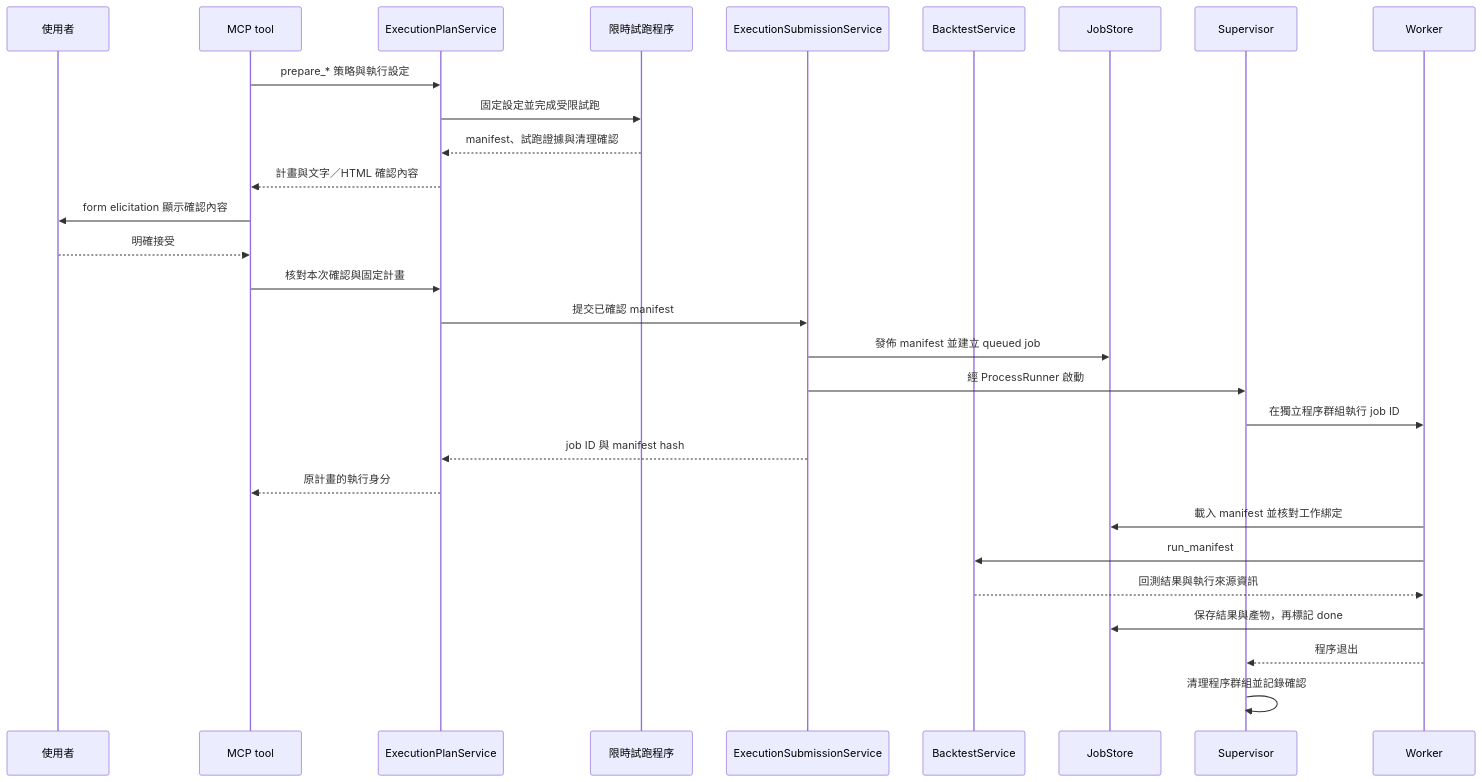
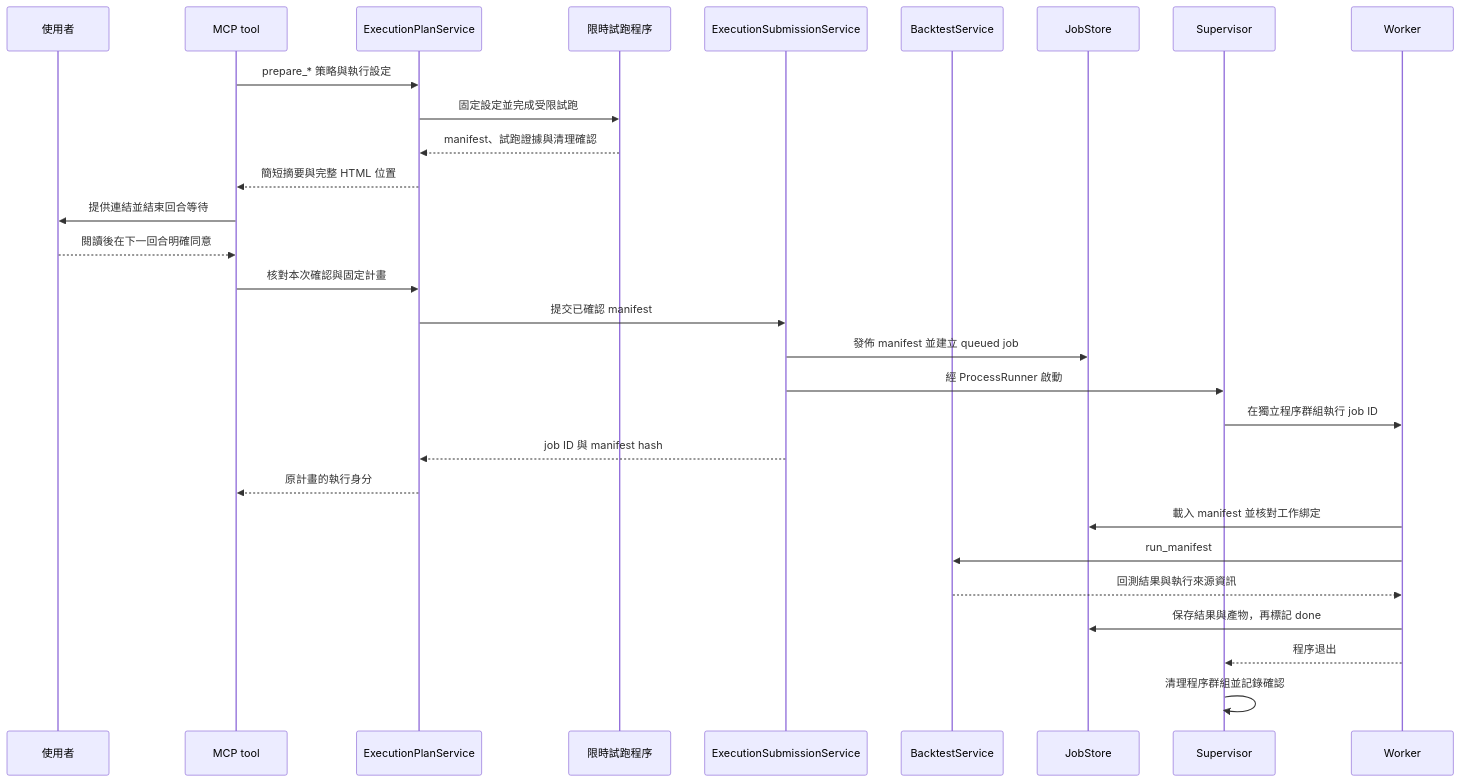
One commit to AIunusual/tradingdev changed the third of 4 diagrams in ARCHITECTURE.md. Above: the diagram before and after it, drawn with Mermaid. The commit also changed other lines of this file and 42 other files, not shown here.

````diff
--- a/ARCHITECTURE.md
+++ b/ARCHITECTURE.md
@@ -228,31 +232,31 @@
 ```mermaid
 sequenceDiagram
     participant User as 使用者
     participant MCP as MCP tool
     participant Plan as ExecutionPlanService
     participant Preflight as 限時試跑程序
     participant Submit as ExecutionSubmissionService
     participant Execute as BacktestService
     participant Store as JobStore
     participant Supervisor
     participant Worker
     MCP->>Plan: prepare_* 策略與執行設定
     Plan->>Preflight: 固定設定並完成受限試跑
     Preflight-->>Plan: manifest、試跑證據與清理確認
-    Plan-->>MCP: 計畫與文字／HTML 確認內容
-    MCP->>User: form elicitation 顯示確認內容
-    User-->>MCP: 明確接受
+    Plan-->>MCP: 簡短摘要與完整 HTML 位置
+    MCP->>User: 提供連結並結束回合等待
+    User-->>MCP: 閱讀後在下一回合明確同意
     MCP->>Plan: 核對本次確認與固定計畫
     Plan->>Submit: 提交已確認 manifest
     Submit->>Store: 發佈 manifest 並建立 queued job
     Submit->>Supervisor: 經 ProcessRunner 啟動
     Supervisor->>Worker: 在獨立程序群組執行 job ID
     Submit-->>Plan: job ID 與 manifest hash
     Plan-->>MCP: 原計畫的執行身分
     Worker->>Store: 載入 manifest 並核對工作綁定
     Worker->>Execute: run_manifest
     Execute-->>Worker: 回測結果與執行來源資訊
     Worker->>Store: 保存結果與產物，再標記 done
     Worker-->>Supervisor: 程序退出
     Supervisor->>Supervisor: 清理程序群組並記錄確認
 ```
````
